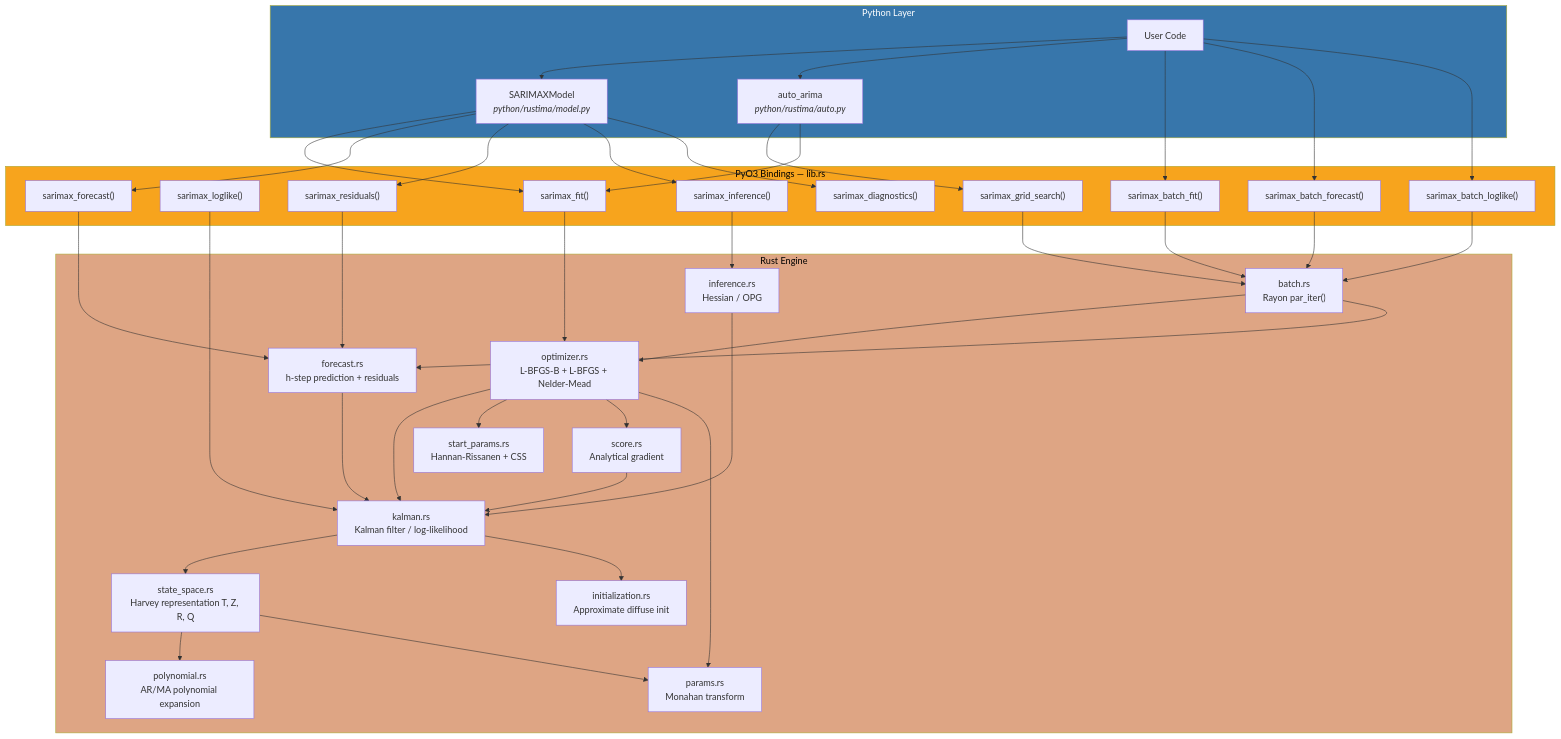
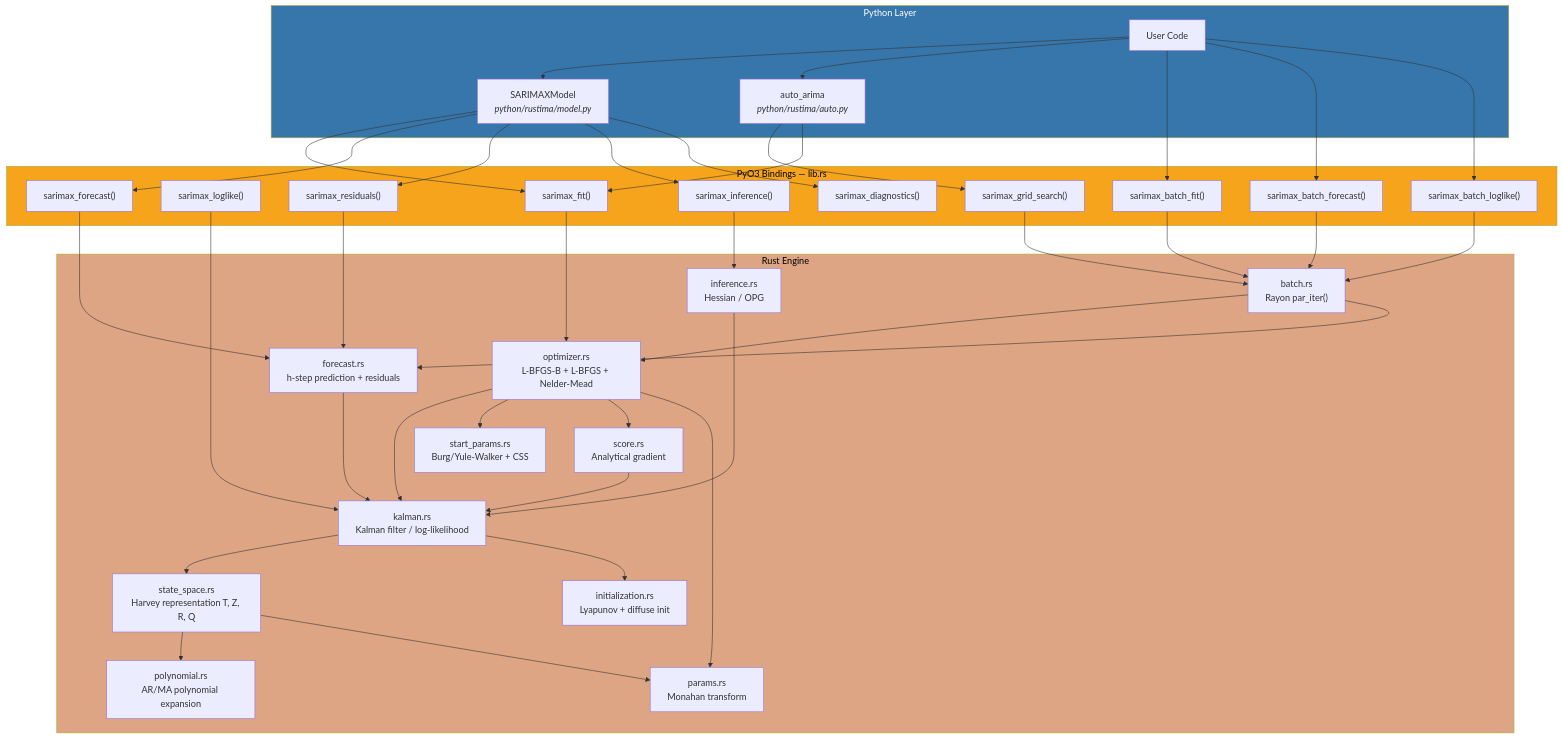
One commit to zongseung/Rust-python-arima changed the first of 4 diagrams in README.md. Above: the diagram before and after it, drawn with Mermaid. The commit also changed other lines of this file and 4 other files, not shown here.

````diff
--- a/README.md
+++ b/README.md
@@ -439,76 +439,76 @@
 ```mermaid
 graph TB
     subgraph Python["Python Layer"]
         USER["User Code"]
         MODEL["SARIMAXModel<br/><i>python/rustima/model.py</i>"]
         AUTO["auto_arima<br/><i>python/rustima/auto.py</i>"]
         USER --> MODEL
         USER --> AUTO
     end
 
     subgraph PyO3["PyO3 Bindings — lib.rs"]
         FIT["sarimax_fit()"]
         LL["sarimax_loglike()"]
         FC["sarimax_forecast()"]
         RES["sarimax_residuals()"]
         BF["sarimax_batch_fit()"]
         BFC["sarimax_batch_forecast()"]
         BLL["sarimax_batch_loglike()"]
         GS["sarimax_grid_search()"]
         INF["sarimax_inference()"]
         DIAG["sarimax_diagnostics()"]
     end
 
     MODEL --> FIT
     MODEL --> FC
     MODEL --> RES
     MODEL --> INF
     MODEL --> DIAG
     AUTO --> GS
     AUTO --> FIT
     USER --> BF
     USER --> BFC
     USER --> BLL
 
     subgraph Rust["Rust Engine"]
         OPT["optimizer.rs<br/>L-BFGS-B + L-BFGS + Nelder-Mead"]
         KAL["kalman.rs<br/>Kalman filter / log-likelihood"]
         FCAST["forecast.rs<br/>h-step prediction + residuals"]
         BATCH["batch.rs<br/>Rayon par_iter()"]
         SS["state_space.rs<br/>Harvey representation T, Z, R, Q"]
-        INIT["initialization.rs<br/>Approximate diffuse init"]
-        SP["start_params.rs<br/>Hannan-Rissanen + CSS"]
+        INIT["initialization.rs<br/>Lyapunov + diffuse init"]
+        SP["start_params.rs<br/>Burg/Yule-Walker + CSS"]
         POLY["polynomial.rs<br/>AR/MA polynomial expansion"]
         PAR["params.rs<br/>Monahan transform"]
         SCR["score.rs<br/>Analytical gradient"]
         INFER["inference.rs<br/>Hessian / OPG"]
     end
 
     FIT --> OPT
     LL --> KAL
     FC --> FCAST
     RES --> FCAST
     BF --> BATCH
     BFC --> BATCH
     BLL --> BATCH
     GS --> BATCH
     INF --> INFER
 
     BATCH --> OPT
     BATCH --> FCAST
     OPT --> KAL
     OPT --> SP
     OPT --> SCR
     FCAST --> KAL
     KAL --> SS
     KAL --> INIT
     SS --> POLY
     SS --> PAR
     OPT --> PAR
     SCR --> KAL
     INFER --> KAL
 
     style Python fill:#3776ab,color:#fff
     style PyO3 fill:#f7a41d,color:#000
     style Rust fill:#dea584,color:#000
 ```
````
